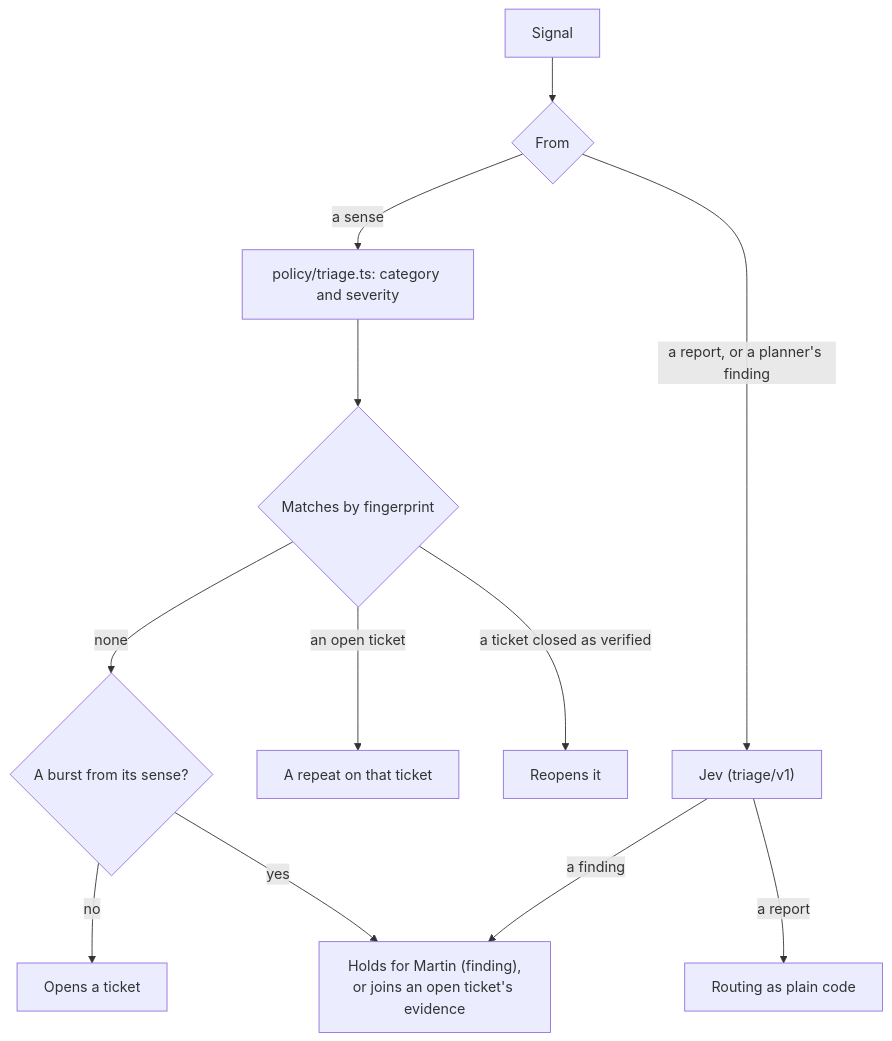
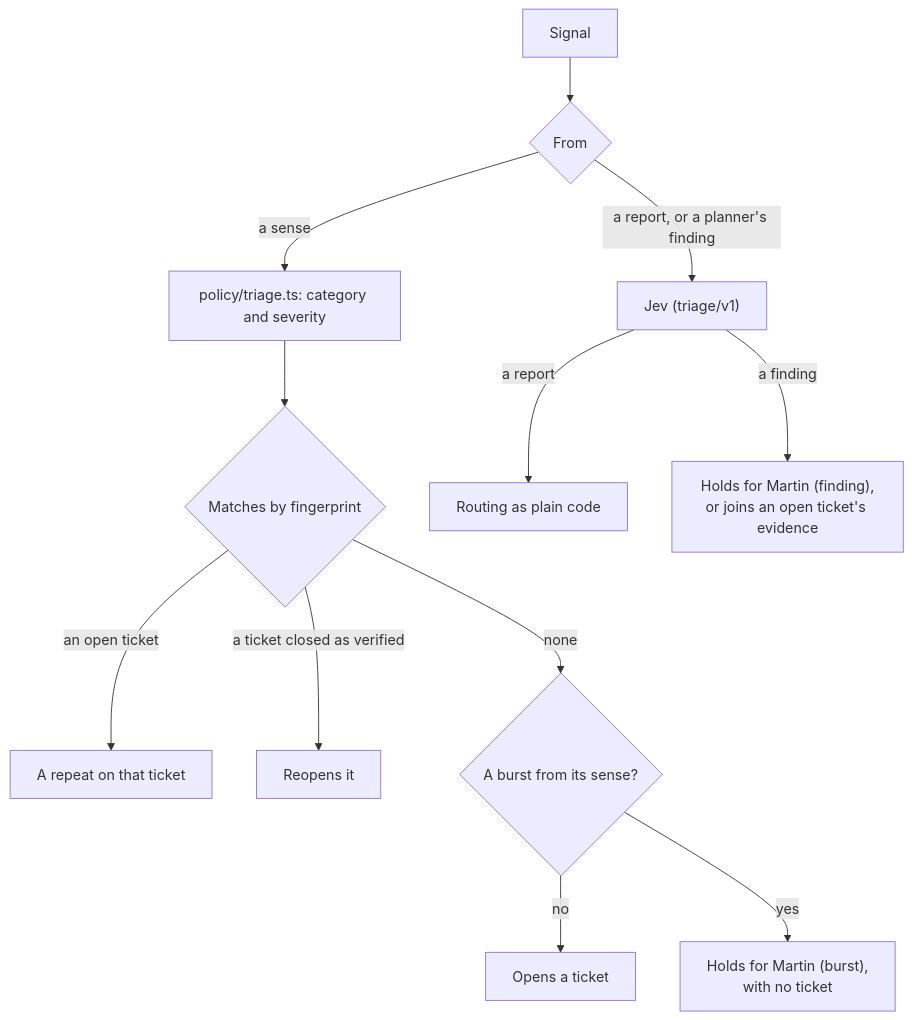
Before and after one commit to mrogan/cv-software-factory: the diagram in docs/COMPONENTS/TRIAGE.md, drawn with Mermaid. The commit also changed 2 other files, not shown here.

Commit message:
fix(triage): settle a burst as its problems would have been, counting only new tickets
Claude-Session: https://claude.ai/code/session_011ktCikvgT7rJq7TDu4BuC9

````diff
--- a/docs/COMPONENTS/TRIAGE.md
+++ b/docs/COMPONENTS/TRIAGE.md
@@ -9,14 +9,14 @@
 ```mermaid
 flowchart TD
   signal[Signal] --> kind{From}
   kind -- a sense --> policy["policy/triage.ts: category and severity"]
   kind -- "a report, or a planner's finding" --> jev["Jev (triage/v1)"]
   policy --> match{Matches by fingerprint}
   match -- an open ticket --> repeat[A repeat on that ticket]
   match -- "a ticket closed as verified" --> reopen[Reopens it]
   match -- none --> burst{"A burst from its sense?"}
   burst -- no --> open[Opens a ticket]
-  burst -- yes --> held["Holds for Martin (burst),<br>with no ticket"]
+  burst -- yes --> burstHold["Holds for Martin (burst),<br>with no ticket"]
   jev -- a report --> route["Routing as plain code"]
   jev -- a finding --> held["Holds for Martin (finding),<br>or joins an open ticket's evidence"]
 ```
````
